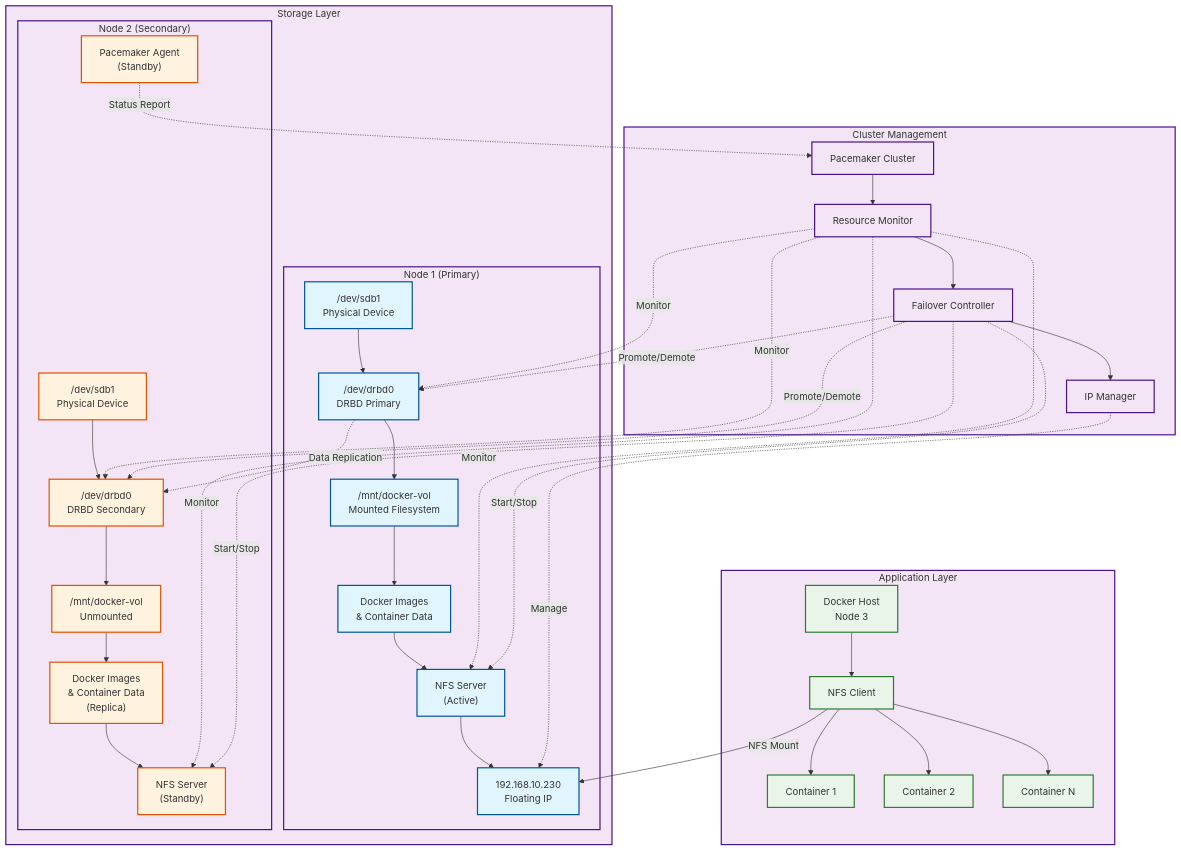
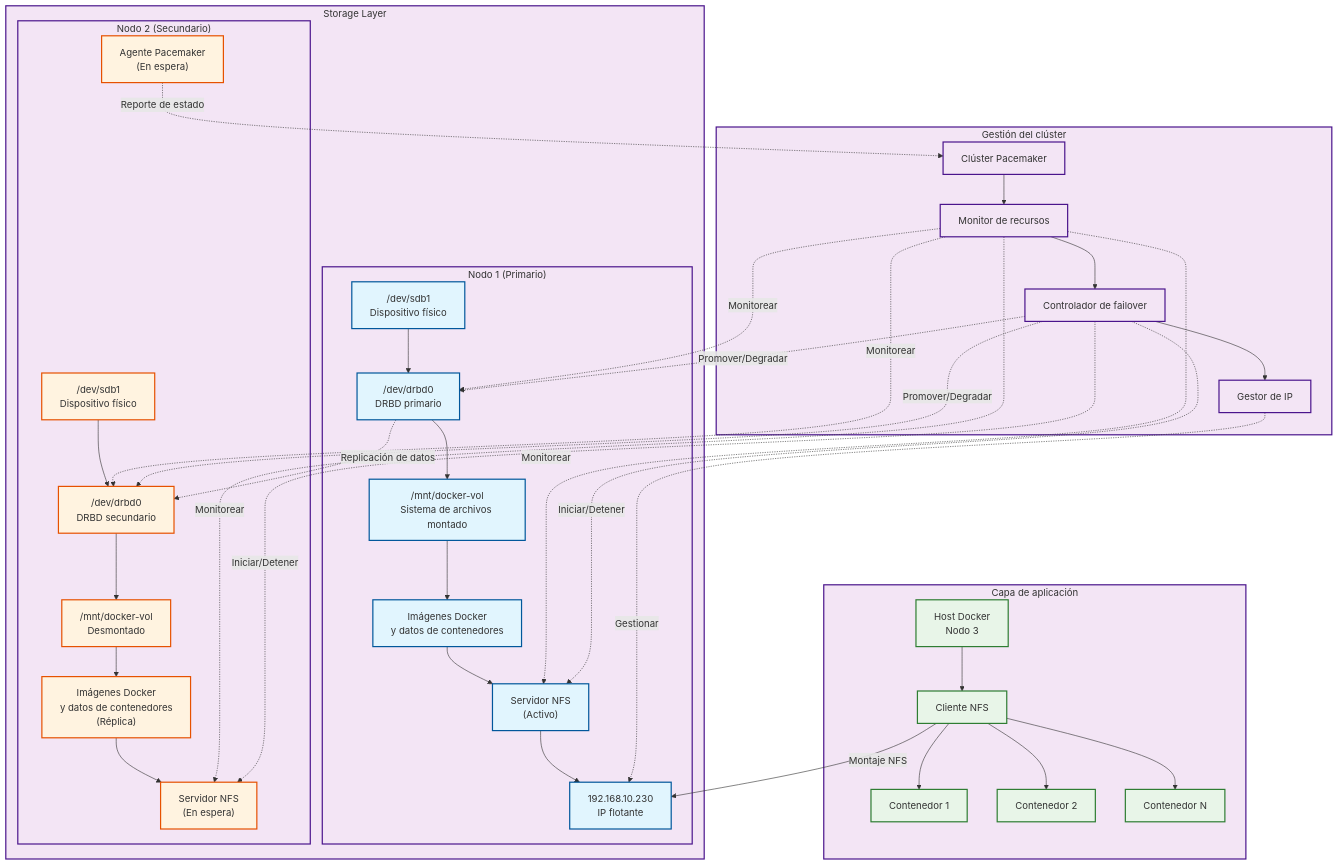
Before and after one commit to incogniadev/DRBD: the diagram in docs/ARCHITECTURE.md, drawn with Mermaid. The commit also changed other lines of this file and 1 other file, not shown here.

Commit message:
docs: translate all documentation to Mexican Spanish
- Translate ARCHITECTURE.md to Spanish with consistent terminology
- Translate INSTALLATION.md maintaining technical accuracy
- Update Mermaid diagram labels to Spanish
- Fix formatting issues and character encoding problems
- Ensure consistency with Mexican Spanish conventions
- Maintain technical commands and file paths in original format

````diff
--- a/docs/ARCHITECTURE.md
+++ b/docs/ARCHITECTURE.md
@@ -9,38 +9,38 @@
 ```mermaid
 graph TB
     subgraph "Storage Layer"
-        subgraph N1 ["Node 1 (Primary)"]
-            A1["/dev/sdb1<br/>Physical Device"]
-            A2["/dev/drbd0<br/>DRBD Primary"]
-            A3["/mnt/docker-vol<br/>Mounted Filesystem"]
-            A3a["Docker Images<br/>& Container Data"]
-            A4["NFS Server<br/>(Active)"]
-            A5["192.168.10.230<br/>Floating IP"]
+        subgraph N1 ["Nodo 1 (Primario)"]
+            A1["/dev/sdb1<br/>Dispositivo físico"]
+            A2["/dev/drbd0<br/>DRBD primario"]
+            A3["/mnt/docker-vol<br/>Sistema de archivos montado"]
+            A3a["Imágenes Docker<br/>y datos de contenedores"]
+            A4["Servidor NFS<br/>(Activo)"]
+            A5["192.168.10.230<br/>IP flotante"]
         end
         
-        subgraph N2 ["Node 2 (Secondary)"]
-            B1["/dev/sdb1<br/>Physical Device"]
-            B2["/dev/drbd0<br/>DRBD Secondary"]
-            B3["/mnt/docker-vol<br/>Unmounted"]
-            B3a["Docker Images<br/>& Container Data<br/>(Replica)"]
-            B4["NFS Server<br/>(Standby)"]
-            B5["Pacemaker Agent<br/>(Standby)"]
+        subgraph N2 ["Nodo 2 (Secundario)"]
+            B1["/dev/sdb1<br/>Dispositivo físico"]
+            B2["/dev/drbd0<br/>DRBD secundario"]
+            B3["/mnt/docker-vol<br/>Desmontado"]
+            B3a["Imágenes Docker<br/>y datos de contenedores<br/>(Réplica)"]
+            B4["Servidor NFS<br/>(En espera)"]
+            B5["Agente Pacemaker<br/>(En espera)"]
         end
     end
     
-    subgraph "Cluster Management"
-        C1["Pacemaker Cluster"]
-        C2["Resource Monitor"]
-        C3["Failover Controller"]
-        C4["IP Manager"]
+    subgraph "Gestión del clúster"
+        C1["Clúster Pacemaker"]
+        C2["Monitor de recursos"]
+        C3["Controlador de failover"]
+        C4["Gestor de IP"]
     end
     
-    subgraph "Application Layer"
-        D1["Docker Host<br/>Node 3"]
-        D2["NFS Client"]
-        D3["Container 1"]
-        D4["Container 2"]
-        D5["Container N"]
+    subgraph "Capa de aplicación"
+        D1["Host Docker<br/>Nodo 3"]
+        D2["Cliente NFS"]
+        D3["Contenedor 1"]
+        D4["Contenedor 2"]
+        D5["Contenedor N"]
     end
     
     %% Storage flow
@@ -55,36 +55,36 @@
     B3 --> B3a
     B3a --> B4
     
-    %% DRBD replication
-    A2 -.->|"Data Replication"| B2
+    %% Replicación DRBD
+    A2 -.->|"Replicación de datos"| B2
     
-    %% Pacemaker management
+    %% Gestión Pacemaker
     C1 --> C2
     C2 --> C3
     C3 --> C4
     
-    %% Cluster monitoring
-    C2 -.->|"Monitor"| A2
-    C2 -.->|"Monitor"| B2
-    C2 -.->|"Monitor"| A4
-    C2 -.->|"Monitor"| B4
+    %% Monitoreo del clúster
+    C2 -.->|"Monitorear"| A2
+    C2 -.->|"Monitorear"| B2
+    C2 -.->|"Monitorear"| A4
+    C2 -.->|"Monitorear"| B4
     
-    %% Failover control
-    C3 -.->|"Promote/Demote"| A2
-    C3 -.->|"Promote/Demote"| B2
-    C3 -.->|"Start/Stop"| A4
-    C3 -.->|"Start/Stop"| B4
-    C4 -.->|"Manage"| A5
+    %% Control de failover
+    C3 -.->|"Promover/Degradar"| A2
+    C3 -.->|"Promover/Degradar"| B2
+    C3 -.->|"Iniciar/Detener"| A4
+    C3 -.->|"Iniciar/Detener"| B4
+    C4 -.->|"Gestionar"| A5
     
-    %% Application access
+    %% Acceso de aplicación
     D1 --> D2
-    D2 -->|"NFS Mount"| A5
+    D2 -->|"Montaje NFS"| A5
     D2 --> D3
     D2 --> D4
     D2 --> D5
     
-    %% Standby reporting
-    B5 -.->|"Status Report"| C1
+    %% Reporte de standby
+    B5 -.->|"Reporte de estado"| C1
     
     %% Styling
     classDef primary fill:#e1f5fe,stroke:#01579b,stroke-width:2px
````
